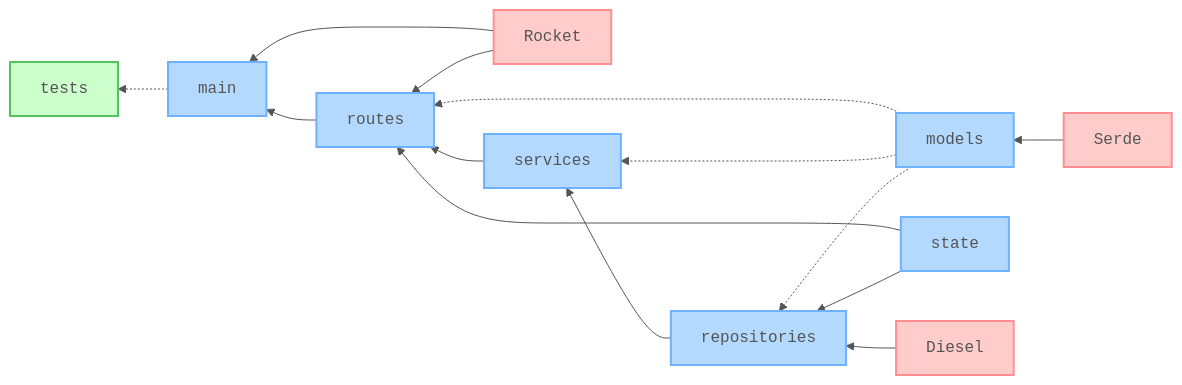
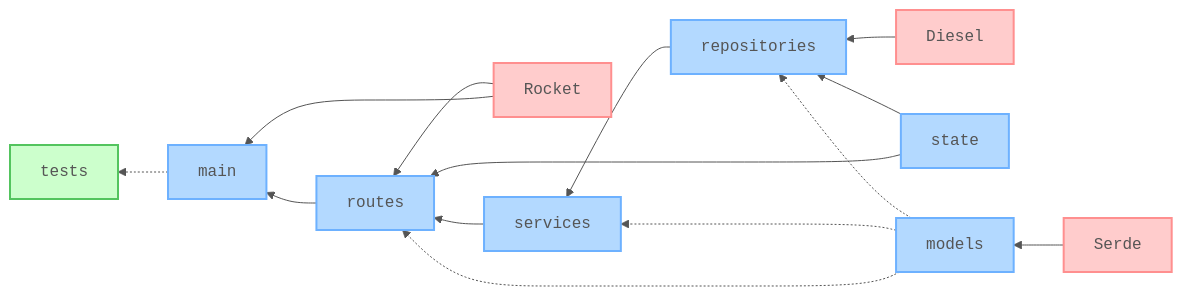
The diagram in README.md (nanotaboada/rust-samples-rocket-restful), drawn with Mermaid before and after one commit. The commit also changed other lines of this file and 3 other files, not shown here.

````diff
--- a/README.md
+++ b/README.md
@@ -37,63 +37,64 @@
 ```mermaid
 %%{init: {
   "theme": "default",
   "themeVariables": {
     "fontFamily": "Fira Code, Consolas, monospace",
     "textColor": "#555",
     "lineColor": "#555",
     "lineWidth": 2,
     "clusterBkg": "#f5f5f5",
     "clusterBorder": "#999"
   }
 }}%%
 
 graph RL
 
     tests[tests]
 
     main[main]
+    routes[routes]
     Rocket[Rocket]
-
-    routes[routes]
 
     services[services]
 
     repositories[repositories]
+    Diesel[Diesel]
+
+    state[state]
+    Serde[Serde]
 
     models[models]
-    state[state]
-    Serde[Serde]
-    Diesel[Diesel]
 
     %% Dependencies
 
     routes --> main
     Rocket --> main
 
-    Rocket --> routes
     services --> routes
     state --> routes
+    Rocket --> routes
 
     repositories --> services
+
     state --> repositories
     Diesel --> repositories
 
     Serde --> models
 
     %% Soft dependencies
 
     models -.-> routes
     models -.-> services
     models -.-> repositories
 
     main -.-> tests
 
     %% Styling
     classDef core fill:#b3d9ff,stroke:#6db1ff,stroke-width:2px,color:#555,font-family:monospace;
     classDef deps fill:#ffcccc,stroke:#ff8f8f,stroke-width:2px,color:#555,font-family:monospace;
     classDef test fill:#ccffcc,stroke:#53c45e,stroke-width:2px,color:#555,font-family:monospace;
 
     class main,routes,services,repositories,state,models core
     class Rocket,Serde,Diesel deps
     class tests test
 ```
````
